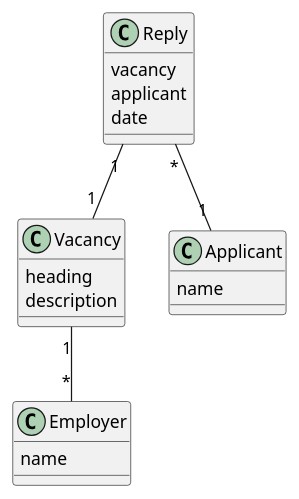
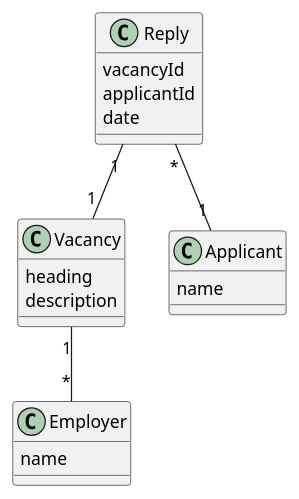
One commit to FFH255/job-hunt-php-jquery changed the diagram in domain-model.md. Above: the diagram before and after it, drawn with PlantUML. The commit also changed 12 other files, not shown here.

````diff
--- a/domain-model.md
+++ b/domain-model.md
@@ -1,30 +1,30 @@
 ```plantuml
 
 @startuml
 
 class Vacancy {
   heading
   description
 }
 
 class Reply {
-  vacancy
-  applicant
+  vacancyId
+  applicantId
   date
 }
 
 class Employer {
   name
 }
 
 class Applicant {
   name  
 }
 
 Reply "*" -- "1" Applicant
 Reply "1" -- "1" Vacancy
 Vacancy "1" -- "*" Employer
 
 @enduml
 
 ```
````
